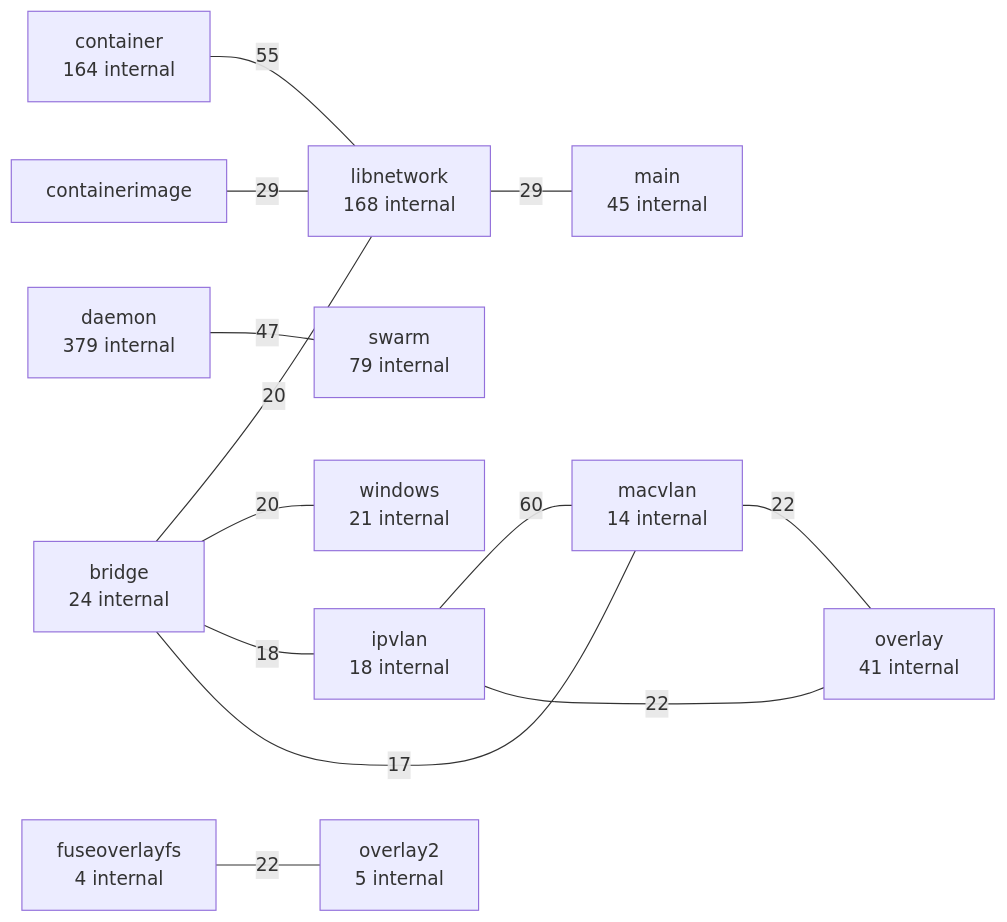
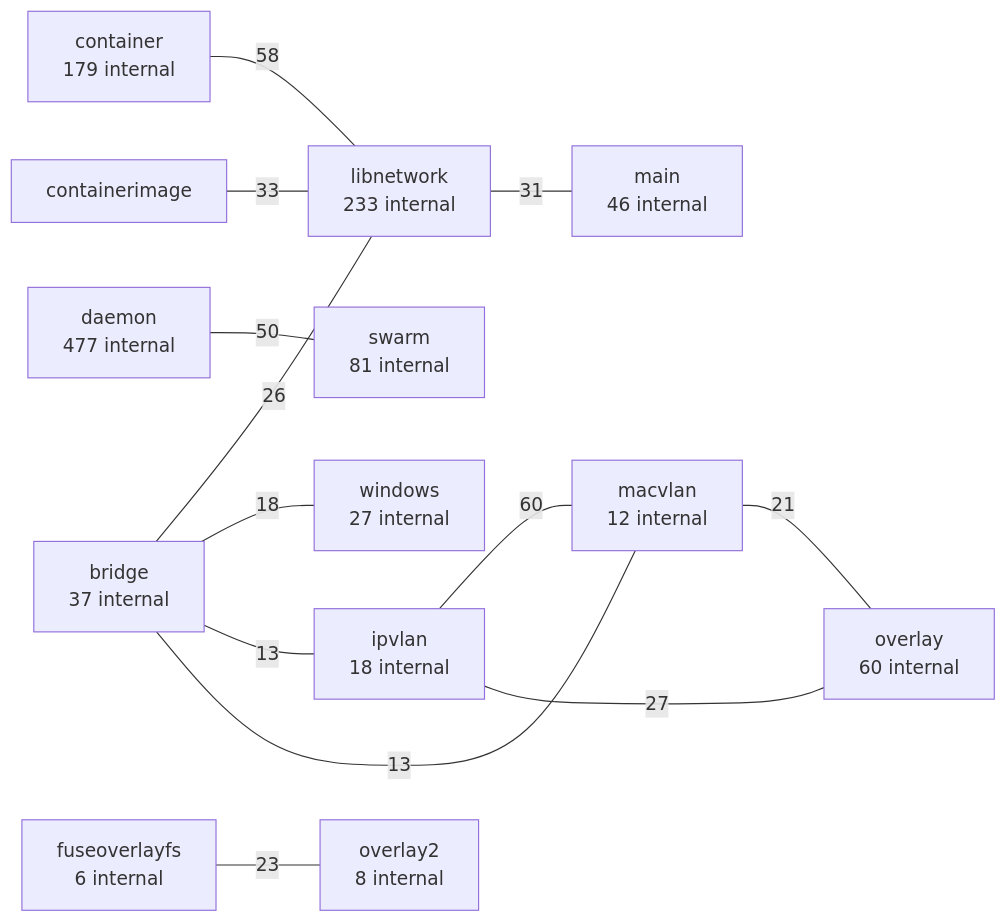
One commit to LukasSelin/doppel changed the second of 3 diagrams in examples/moby.md. Above: the diagram before and after it, drawn with Mermaid. The commit also changed other lines of this file and 19 other files, not shown here.

````diff
--- a/examples/moby.md
+++ b/examples/moby.md
@@ -125,28 +128,28 @@
 ```mermaid
 flowchart LR
     p0["ipvlan<br/>18 internal"]
-    p1["macvlan<br/>14 internal"]
+    p1["macvlan<br/>12 internal"]
     p0 ---|"60"| p1
-    p2["container<br/>164 internal"]
-    p3["libnetwork<br/>168 internal"]
-    p2 ---|"55"| p3
-    p4["daemon<br/>379 internal"]
-    p5["swarm<br/>79 internal"]
-    p4 ---|"47"| p5
+    p2["container<br/>179 internal"]
+    p3["libnetwork<br/>233 internal"]
+    p2 ---|"58"| p3
+    p4["daemon<br/>477 internal"]
+    p5["swarm<br/>81 internal"]
+    p4 ---|"50"| p5
     p6["containerimage"]
-    p6 ---|"29"| p3
-    p7["main<br/>45 internal"]
-    p3 ---|"29"| p7
-    p8["fuseoverlayfs<br/>4 internal"]
-    p9["overlay2<br/>5 internal"]
-    p8 ---|"22"| p9
-    p10["overlay<br/>41 internal"]
-    p0 ---|"22"| p10
-    p1 ---|"22"| p10
-    p11["bridge<br/>24 internal"]
-    p11 ---|"20"| p3
-    p12["windows<br/>21 internal"]
-    p11 ---|"20"| p12
-    p11 ---|"18"| p0
-    p11 ---|"17"| p1
+    p6 ---|"33"| p3
+    p7["main<br/>46 internal"]
+    p3 ---|"31"| p7
+    p8["overlay<br/>60 internal"]
+    p0 ---|"27"| p8
+    p9["bridge<br/>37 internal"]
+    p9 ---|"26"| p3
+    p10["fuseoverlayfs<br/>6 internal"]
+    p11["overlay2<br/>8 internal"]
+    p10 ---|"23"| p11
+    p1 ---|"21"| p8
+    p12["windows<br/>27 internal"]
+    p9 ---|"18"| p12
+    p9 ---|"13"| p0
+    p9 ---|"13"| p1
 ```
````
